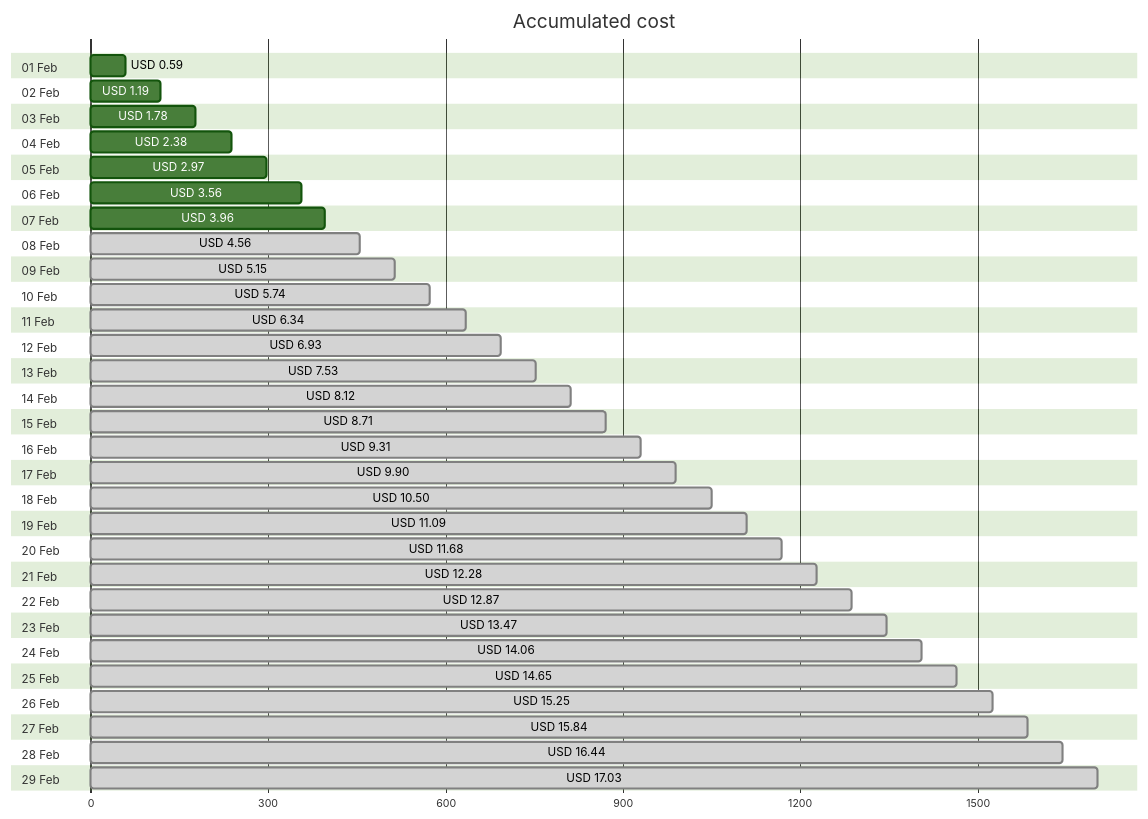
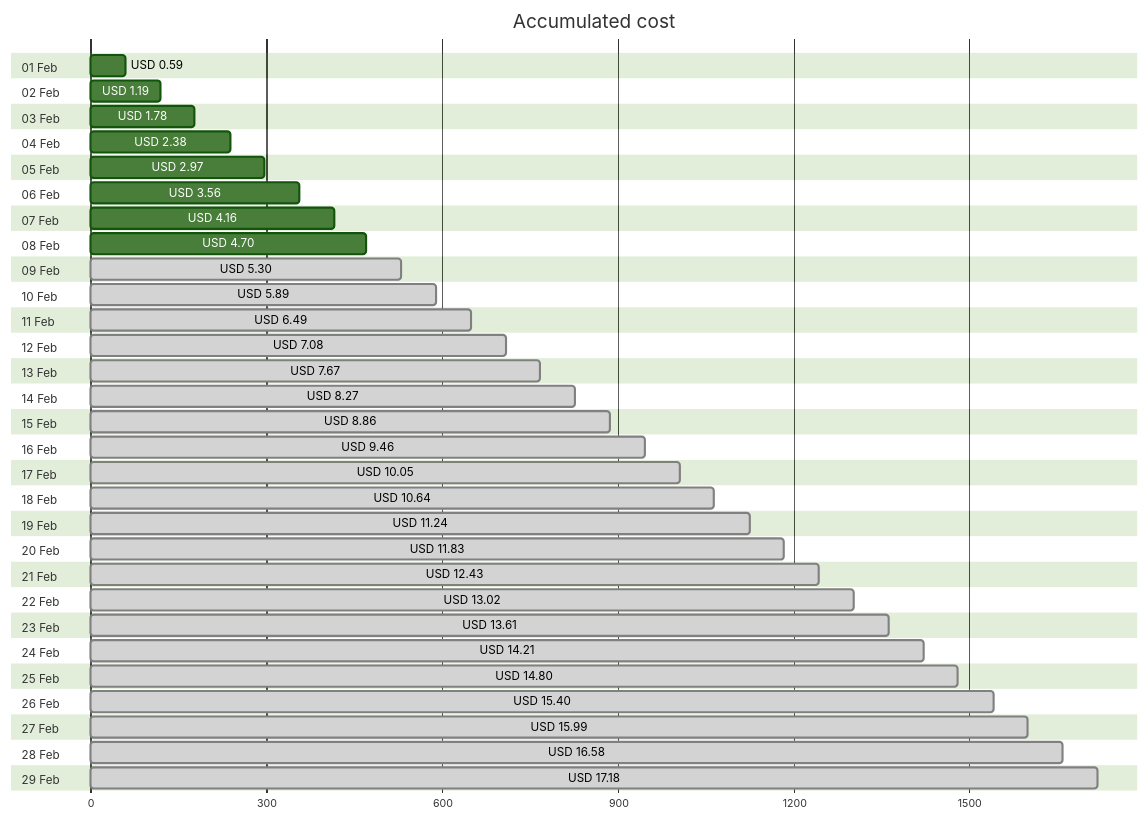
One commit to jpfulton/azure-personal-reports changed the first of 4 diagrams in cost-reports/personal-site/README.md. Above: the diagram before and after it, drawn with Mermaid (forest theme). The commit also changed other lines of this file and 6 other files, not shown here.

````diff
--- a/cost-reports/personal-site/README.md
+++ b/cost-reports/personal-site/README.md
@@ -20,64 +20,64 @@
 ```mermaid
 gantt
    title Accumulated cost
    dateFormat  X
    axisFormat %s
    section 01 Feb
    USD 0.59 :0, 59
    section 02 Feb
    USD 1.19 :0, 119
    section 03 Feb
    USD 1.78 :0, 178
    section 04 Feb
    USD 2.38 :0, 238
    section 05 Feb
    USD 2.97 :0, 297
    section 06 Feb
    USD 3.56 :0, 356
    section 07 Feb
-   USD 3.96 :0, 396
+   USD 4.16 :0, 416
    section 08 Feb
-   USD 4.56 : done, 0, 456
+   USD 4.70 :0, 470
    section 09 Feb
-   USD 5.15 : done, 0, 515
+   USD 5.30 : done, 0, 530
    section 10 Feb
-   USD 5.74 : done, 0, 574
+   USD 5.89 : done, 0, 589
    section 11 Feb
-   USD 6.34 : done, 0, 634
+   USD 6.49 : done, 0, 649
    section 12 Feb
-   USD 6.93 : done, 0, 693
+   USD 7.08 : done, 0, 708
    section 13 Feb
-   USD 7.53 : done, 0, 753
+   USD 7.67 : done, 0, 767
    section 14 Feb
-   USD 8.12 : done, 0, 812
+   USD 8.27 : done, 0, 827
    section 15 Feb
-   USD 8.71 : done, 0, 871
+   USD 8.86 : done, 0, 886
    section 16 Feb
-   USD 9.31 : done, 0, 931
+   USD 9.46 : done, 0, 946
    section 17 Feb
-   USD 9.90 : done, 0, 990
+   USD 10.05 : done, 0, 1005
    section 18 Feb
-   USD 10.50 : done, 0, 1050
+   USD 10.64 : done, 0, 1064
    section 19 Feb
-   USD 11.09 : done, 0, 1109
+   USD 11.24 : done, 0, 1124
    section 20 Feb
-   USD 11.68 : done, 0, 1168
+   USD 11.83 : done, 0, 1183
    section 21 Feb
-   USD 12.28 : done, 0, 1228
+   USD 12.43 : done, 0, 1243
    section 22 Feb
-   USD 12.87 : done, 0, 1287
+   USD 13.02 : done, 0, 1302
    section 23 Feb
-   USD 13.47 : done, 0, 1347
+   USD 13.61 : done, 0, 1361
    section 24 Feb
-   USD 14.06 : done, 0, 1406
+   USD 14.21 : done, 0, 1421
    section 25 Feb
-   USD 14.65 : done, 0, 1465
+   USD 14.80 : done, 0, 1480
    section 26 Feb
-   USD 15.25 : done, 0, 1525
+   USD 15.40 : done, 0, 1540
    section 27 Feb
-   USD 15.84 : done, 0, 1584
+   USD 15.99 : done, 0, 1599
    section 28 Feb
-   USD 16.44 : done, 0, 1644
+   USD 16.58 : done, 0, 1658
    section 29 Feb
-   USD 17.03 : done, 0, 1703
+   USD 17.18 : done, 0, 1718
 ```
````
